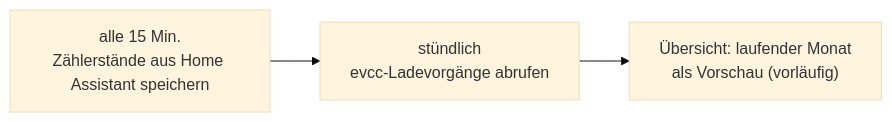
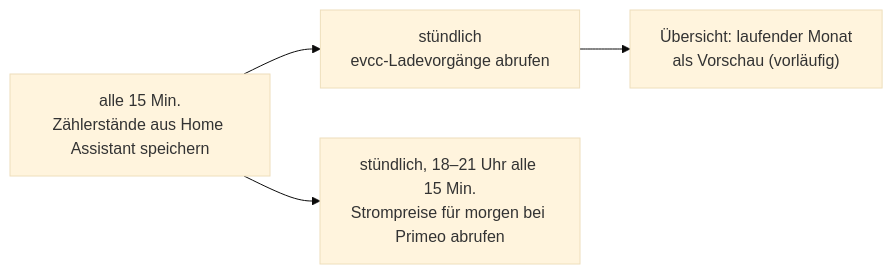
The diagram in docs/prozess-laufend.mmd (khu1985/vzev-ha), drawn with Mermaid (base theme) before and after one commit. The commit also changed 7 other files, not shown here.

```diff
--- a/docs/prozess-laufend.mmd
+++ b/docs/prozess-laufend.mmd
@@ -1,3 +1,4 @@
 flowchart LR
     A["alle 15 Min.<br/>Zählerstände aus Home Assistant speichern"] --> B["stündlich<br/>evcc-Ladevorgänge abrufen"]
     B --> C["Übersicht: laufender Monat<br/>als Vorschau (vorläufig)"]
+    A --> D["stündlich, 18–21 Uhr alle 15 Min.<br/>Strompreise für morgen bei Primeo abrufen"]
```
